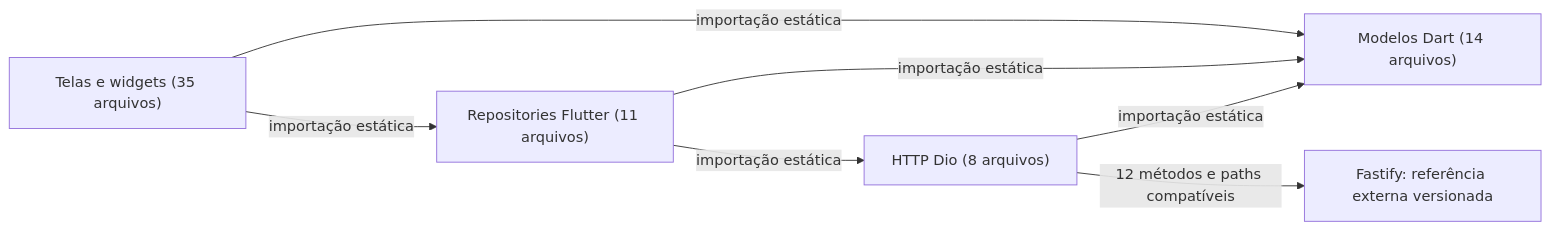
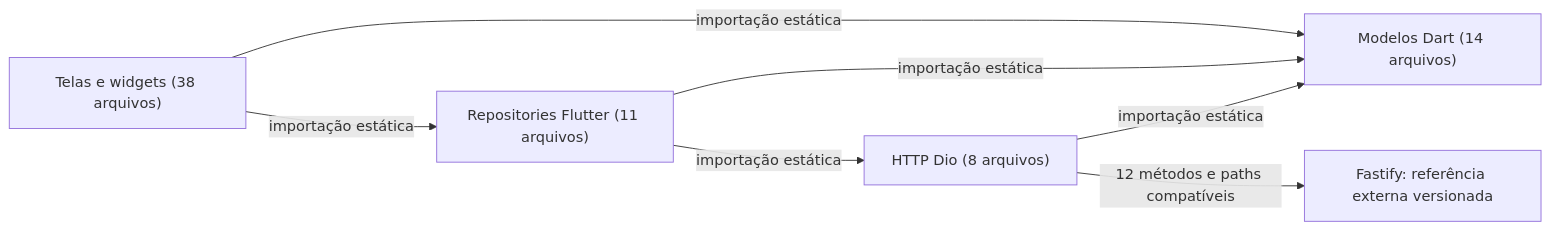
Before and after one commit to richardcastrogois/TrainForge: the first of 2 diagrams in docs/arquitetura/README.md, drawn with Mermaid. The commit also changed other lines of this file and 46 other files, not shown here.

Commit message:
feat(frontend): refine available flows and protect nutrition drafts

````diff
--- a/docs/arquitetura/README.md
+++ b/docs/arquitetura/README.md
@@ -19,14 +19,14 @@
 ```mermaid
 flowchart LR
-    node0["Telas e widgets (35 arquivos)"]
+    node0["Telas e widgets (38 arquivos)"]
     node1["Repositories Flutter (11 arquivos)"]
     node2["HTTP Dio (8 arquivos)"]
     node3["Modelos Dart (14 arquivos)"]
     node4["Fastify: referência externa versionada"]
     node2 -->|"importação estática"| node3
     node1 -->|"importação estática"| node2
     node1 -->|"importação estática"| node3
     node0 -->|"importação estática"| node3
     node0 -->|"importação estática"| node1
     node2 -->|"12 métodos e paths compatíveis"| node4
 ```
````
